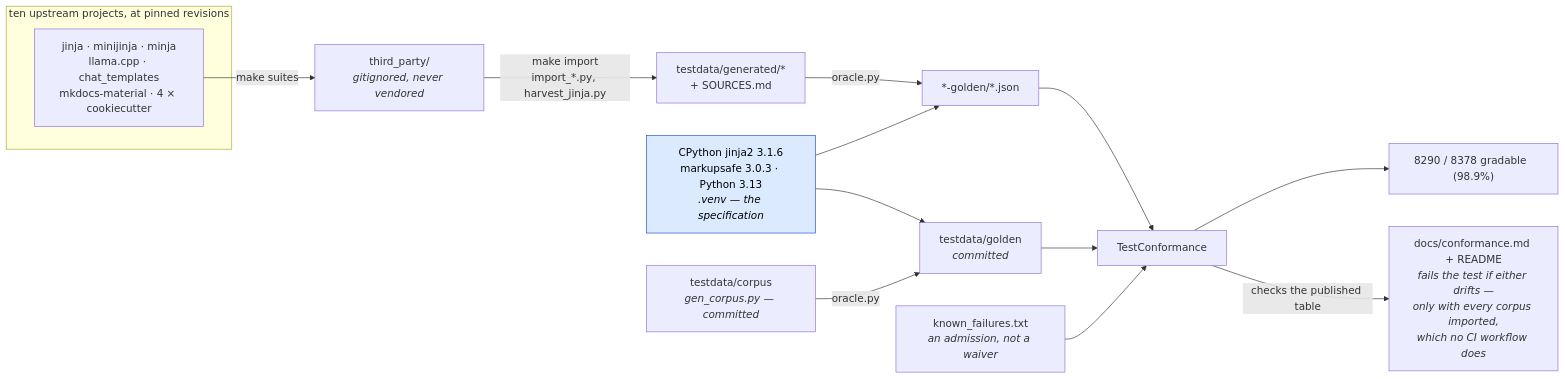
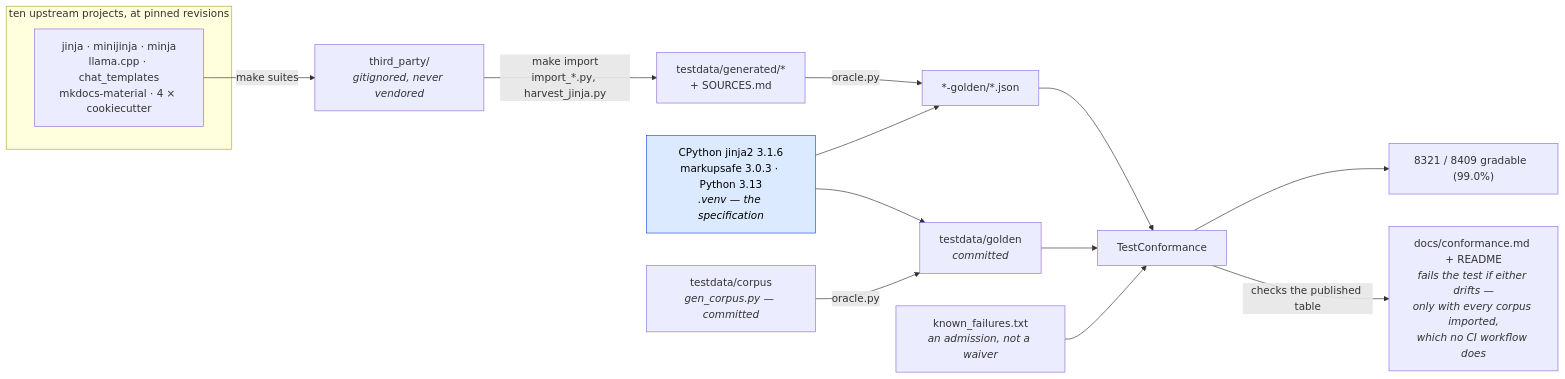
Before and after one commit to mgilbir/gojja2: the first of 2 diagrams in docs/conformance.md, drawn with Mermaid. The commit also changed other lines of this file and 114 other files, not shown here.

````diff
--- a/docs/conformance.md
+++ b/docs/conformance.md
@@ -17,24 +17,24 @@
 ```mermaid
 flowchart LR
     subgraph up["ten upstream projects, at pinned revisions"]
         U1["jinja · minijinja · minja<br/>llama.cpp · chat_templates<br/>mkdocs-material · 4 × cookiecutter"]
     end
     U1 -->|"make suites"| TP["third_party/<br/><i>gitignored, never vendored</i>"]
     TP -->|"make import<br/>import_*.py, harvest_jinja.py"| GEN["testdata/generated/*<br/>+ SOURCES.md"]
 
     ORA["CPython jinja2 3.1.6<br/>markupsafe 3.0.3 · Python 3.13<br/><i>.venv — the specification</i>"]
     GEN -->|"oracle.py"| G2["*-golden/*.json"]
     ORA --> G2
 
     OWN["testdata/corpus<br/><i>gen_corpus.py — committed</i>"] -->|"oracle.py"| G1["testdata/golden<br/><i>committed</i>"]
     ORA --> G1
 
     G1 --> TC["TestConformance"]
     G2 --> TC
     KF["known_failures.txt<br/><i>an admission, not a waiver</i>"] --> TC
-    TC --> RATE["8290 / 8378 gradable  (98.9%)"]
+    TC --> RATE["8321 / 8409 gradable  (99.0%)"]
     TC -->|"checks the published table"| RM["docs/conformance.md + README<br/><i>fails the test if either drifts —<br/>only with every corpus imported,<br/>which no CI workflow does</i>"]
 
     classDef spec fill:#dbeafe,stroke:#1d4ed8,color:#000
     class ORA spec
 ```
````
